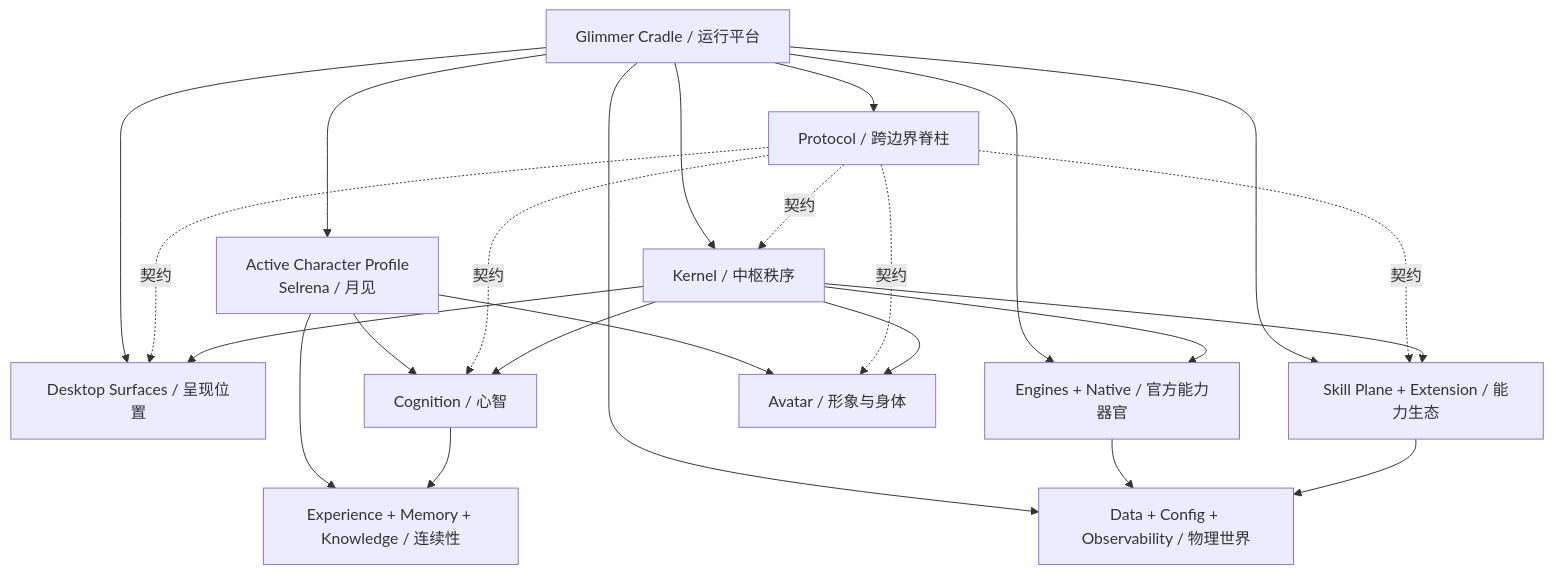
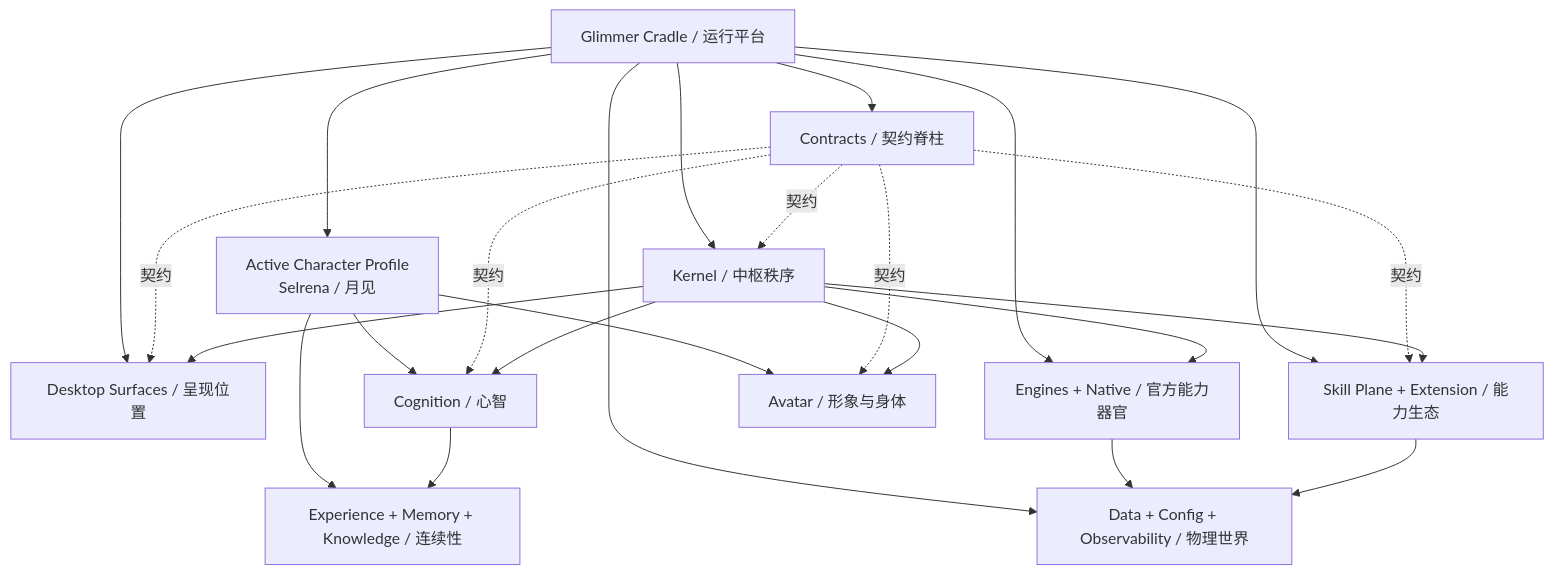
One commit to lociere/glimmer-cradle changed the first of 4 diagrams in docs/architecture/blueprint/微光摇篮架构蓝图.md. Above: the diagram before and after it, drawn with Mermaid. The commit also changed other lines of this file and 7 other files, not shown here.

````diff
--- a/docs/architecture/blueprint/微光摇篮架构蓝图.md
+++ b/docs/architecture/blueprint/微光摇篮架构蓝图.md
@@ -134,30 +134,30 @@
 ```mermaid
 flowchart TB
   Platform[Glimmer Cradle / 运行平台]
   Character[Active Character Profile<br/>Selrena / 月见]
 
   Platform --> Character
   Platform --> Kernel[Kernel / 中枢秩序]
   Platform --> Surfaces[Desktop Surfaces / 呈现位置]
   Platform --> Engines[Engines + Native / 官方能力器官]
   Platform --> Eco[Skill Plane + Extension / 能力生态]
-  Platform --> Protocol[Protocol / 跨边界脊柱]
+  Platform --> Contracts[Contracts / 契约脊柱]
   Platform --> Data[Data + Config + Observability / 物理世界]
   Character --> Cognition[Cognition / 心智]
   Character --> Memory[Experience + Memory + Knowledge / 连续性]
   Character --> Avatar[Avatar / 形象与身体]
 
-  Protocol -.契约.-> Kernel
-  Protocol -.契约.-> Cognition
-  Protocol -.契约.-> Avatar
-  Protocol -.契约.-> Surfaces
-  Protocol -.契约.-> Eco
+  Contracts -.契约.-> Kernel
+  Contracts -.契约.-> Cognition
+  Contracts -.契约.-> Avatar
+  Contracts -.契约.-> Surfaces
+  Contracts -.契约.-> Eco
   Kernel --> Cognition
   Kernel --> Avatar
   Kernel --> Surfaces
   Kernel --> Engines
   Kernel --> Eco
   Cognition --> Memory
   Engines --> Data
   Eco --> Data
 ```
````
